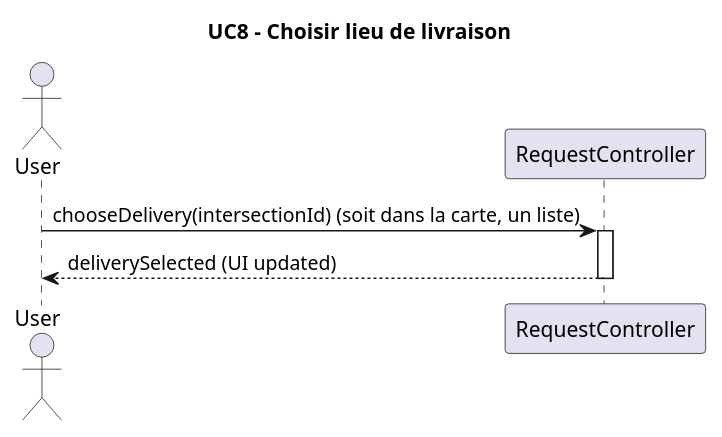
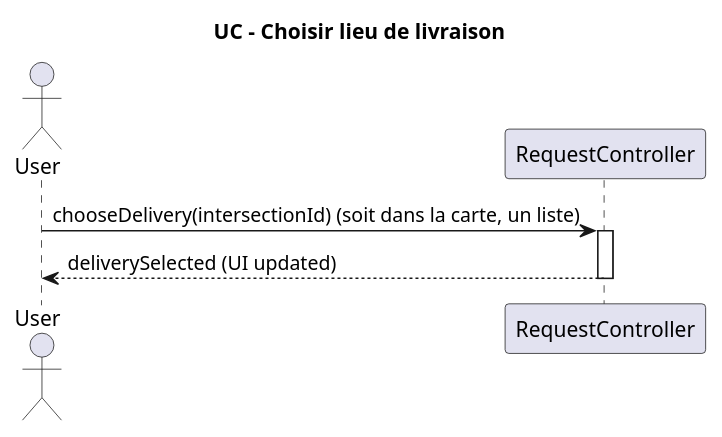
Before and after one commit to enzo-dosanjos/Pickup_Delivery_App: the diagram in diagrams/diagramUC8.plantuml, drawn with PlantUML. The commit also changed 9 other files, not shown here.

```diff
--- a/diagrams/diagramUC8.plantuml
+++ b/diagrams/diagramUC8.plantuml
@@ -1,14 +1,14 @@
 @startuml
-title UC8 - Choisir lieu de livraison
+title UC - Choisir lieu de livraison
 
 actor User
 participant "RequestController" as RC
 
 
 User -> RC : chooseDelivery(intersectionId) (soit dans la carte, un liste)
 activate RC
 
 
 RC --> User : deliverySelected (UI updated)
 deactivate RC
 @enduml
```
